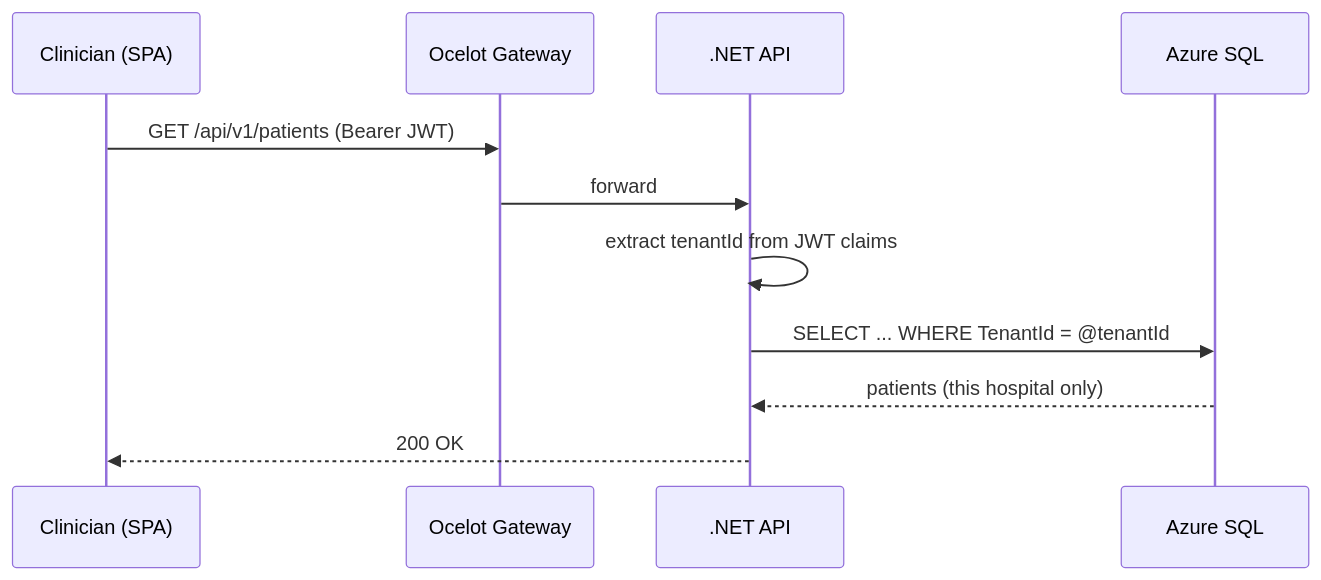
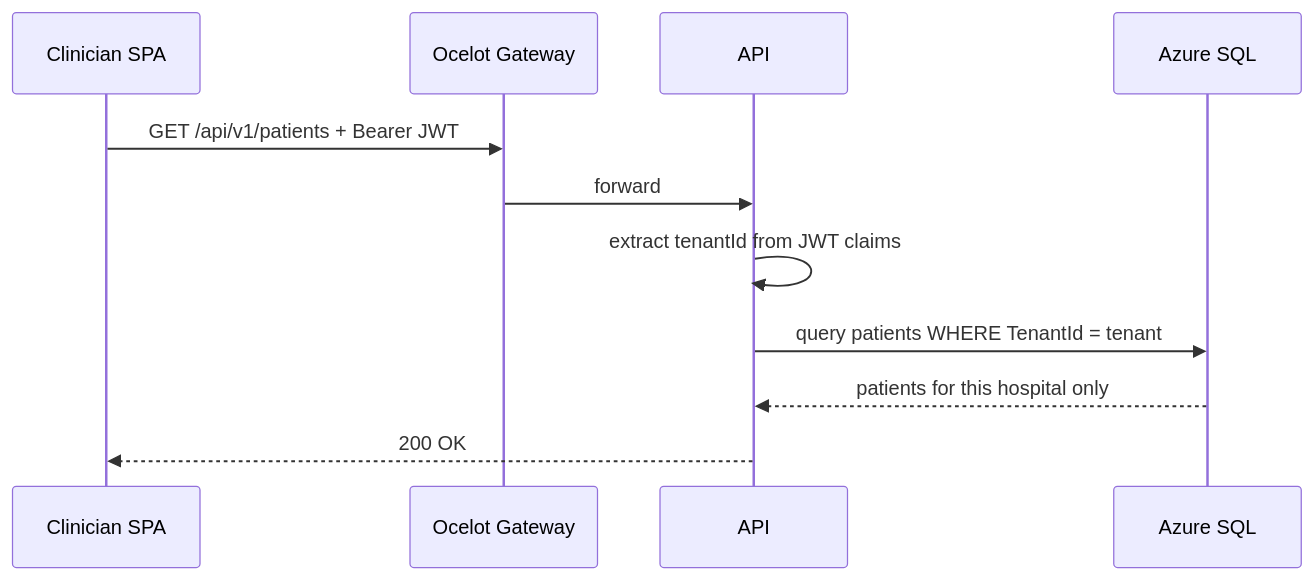
Before and after one commit to Iswariyabalasubramani24/carelink-clinician-portal: the third of 4 diagrams in README.md, drawn with Mermaid. The commit also changed other lines of this file, not shown here.

First line of the commit message:
docs: fix Mermaid diagrams failing to render on GitHub

````diff
--- a/README.md
+++ b/README.md
@@ -113,14 +113,14 @@
 ```mermaid
 sequenceDiagram
-    participant C as Clinician (SPA)
+    participant C as Clinician SPA
     participant G as Ocelot Gateway
-    participant A as .NET API
+    participant A as API
     participant D as Azure SQL
 
-    C->>G: GET /api/v1/patients (Bearer JWT)
+    C->>G: GET /api/v1/patients + Bearer JWT
     G->>A: forward
     A->>A: extract tenantId from JWT claims
-    A->>D: SELECT ... WHERE TenantId = @tenantId
-    D-->>A: patients (this hospital only)
+    A->>D: query patients WHERE TenantId = tenant
+    D-->>A: patients for this hospital only
     A-->>C: 200 OK
 ```
````
